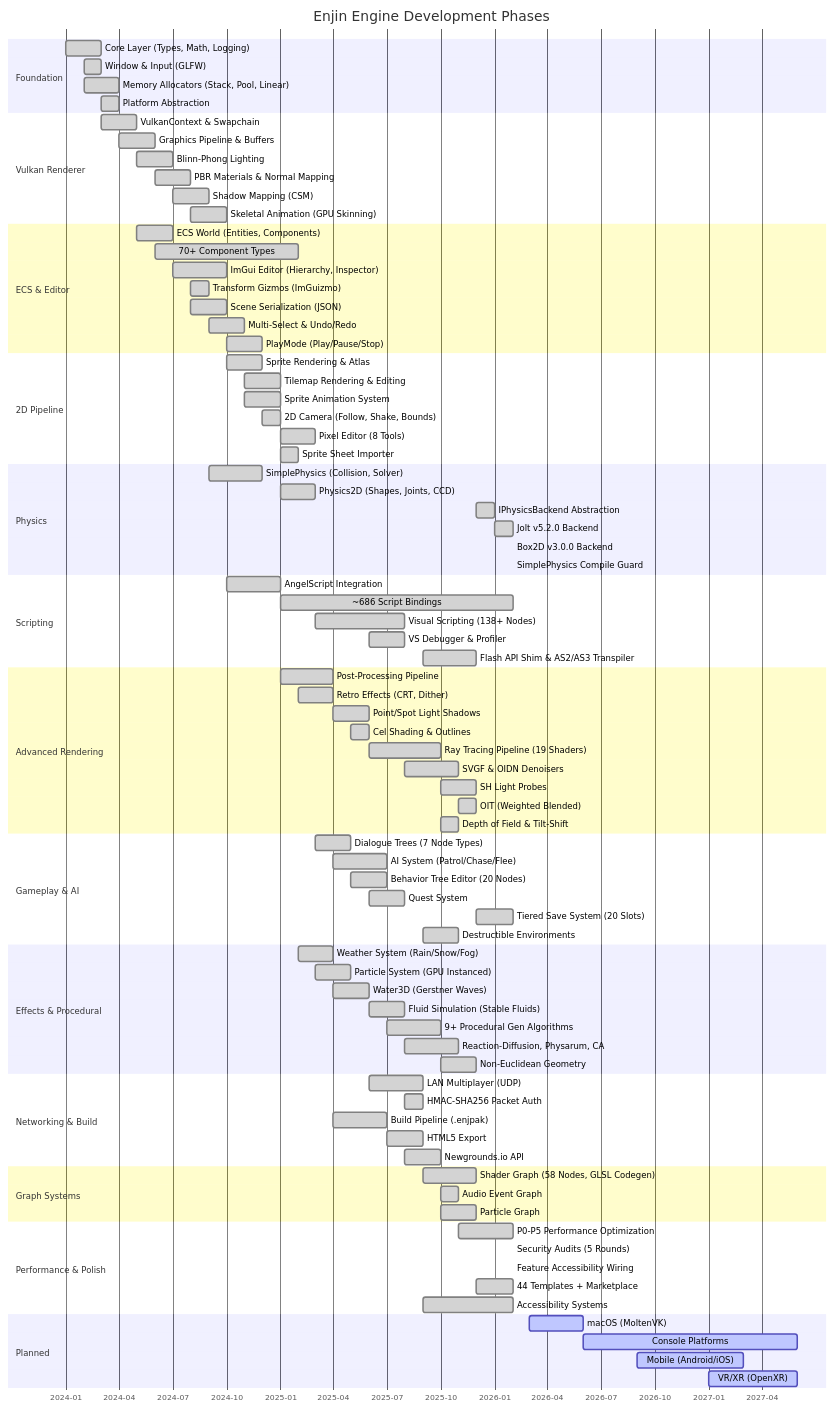
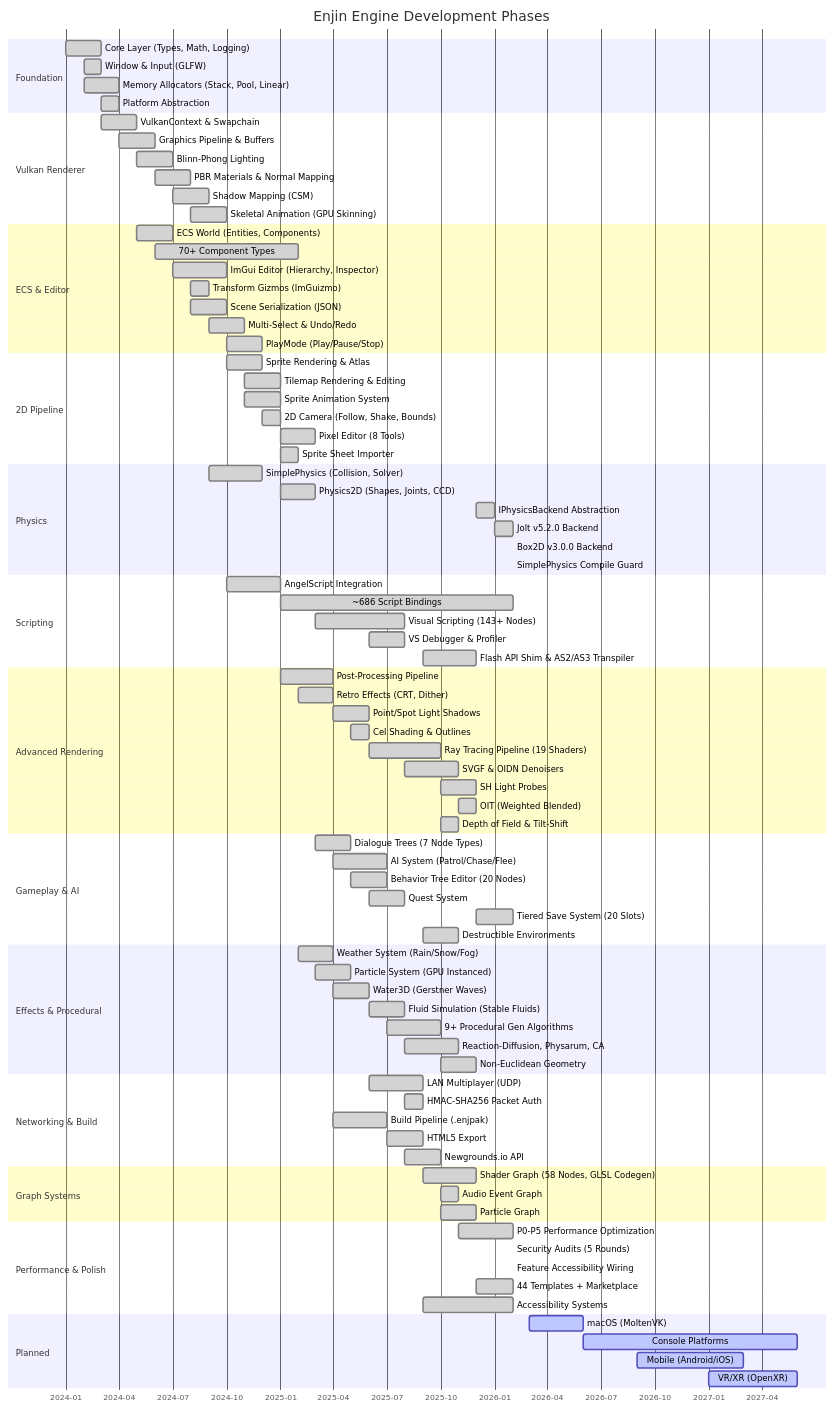
Before and after one commit to MartyChouette/TEGE: the second of 5 diagrams in docs/ENGINE_ANALYSIS.md, drawn with Mermaid. The commit also changed other lines of this file and 1 other file, not shown here.

```diff
--- a/docs/ENGINE_ANALYSIS.md
+++ b/docs/ENGINE_ANALYSIS.md
@@ -465,7 +465,7 @@
     section Scripting
     AngelScript Integration                     :done, sc1, 2024-10, 2025-01
     ~686 Script Bindings                        :done, sc2, 2025-01, 2026-02
-    Visual Scripting (138+ Nodes)               :done, sc3, 2025-03, 2025-08
+    Visual Scripting (143+ Nodes)               :done, sc3, 2025-03, 2025-08
     VS Debugger & Profiler                      :done, sc4, 2025-06, 2025-08
     Flash API Shim & AS2/AS3 Transpiler         :done, sc5, 2025-09, 2025-12
 
```
